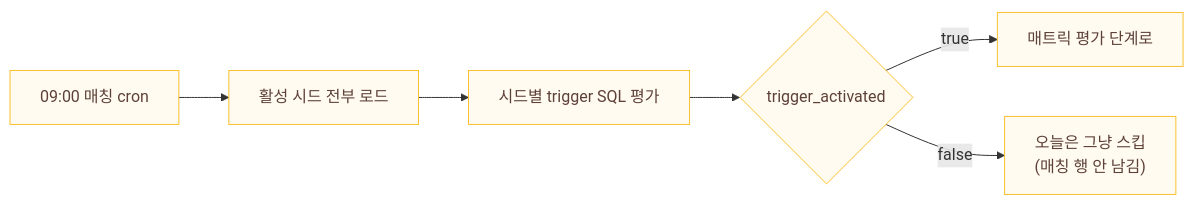
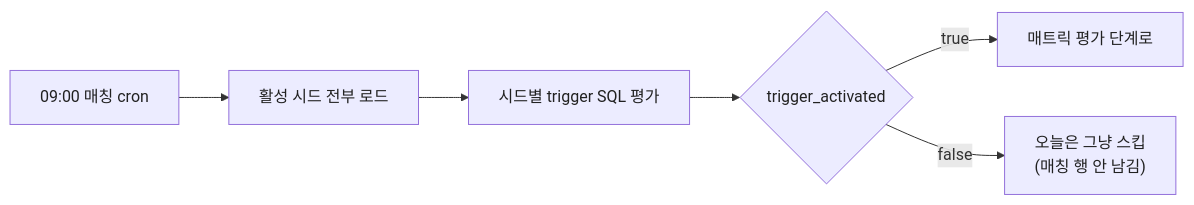
Before and after one commit to hyewon3938/slack-ai-agents: the fourth of 9 diagrams in docs/explainers/insight-v2.md, drawn with Mermaid. The commit also changed other lines of this file, not shown here.

````diff
--- a/docs/explainers/insight-v2.md
+++ b/docs/explainers/insight-v2.md
@@ -224,11 +225,11 @@
 ```mermaid
 flowchart LR
   A["09:00 매칭 cron"] --> B["활성 시드 전부 로드"]
   B --> C["시드별 trigger SQL 평가"]
   C --> D{"trigger_activated"}
   D -->|true| E["매트릭 평가 단계로"]
   D -->|false| F["오늘은 그냥 스킵<br/>(매칭 행 안 남김)"]
 
-  classDef flowNode fill:#fffbf0,stroke:#fbc02d,color:#5d4037
-  class A,B,C,D,E,F flowNode
+  classDef flowBox fill:#ECECFF,stroke:#9370DB,color:#212121
+  class A,B,C,D,E,F flowBox
 ```
````
